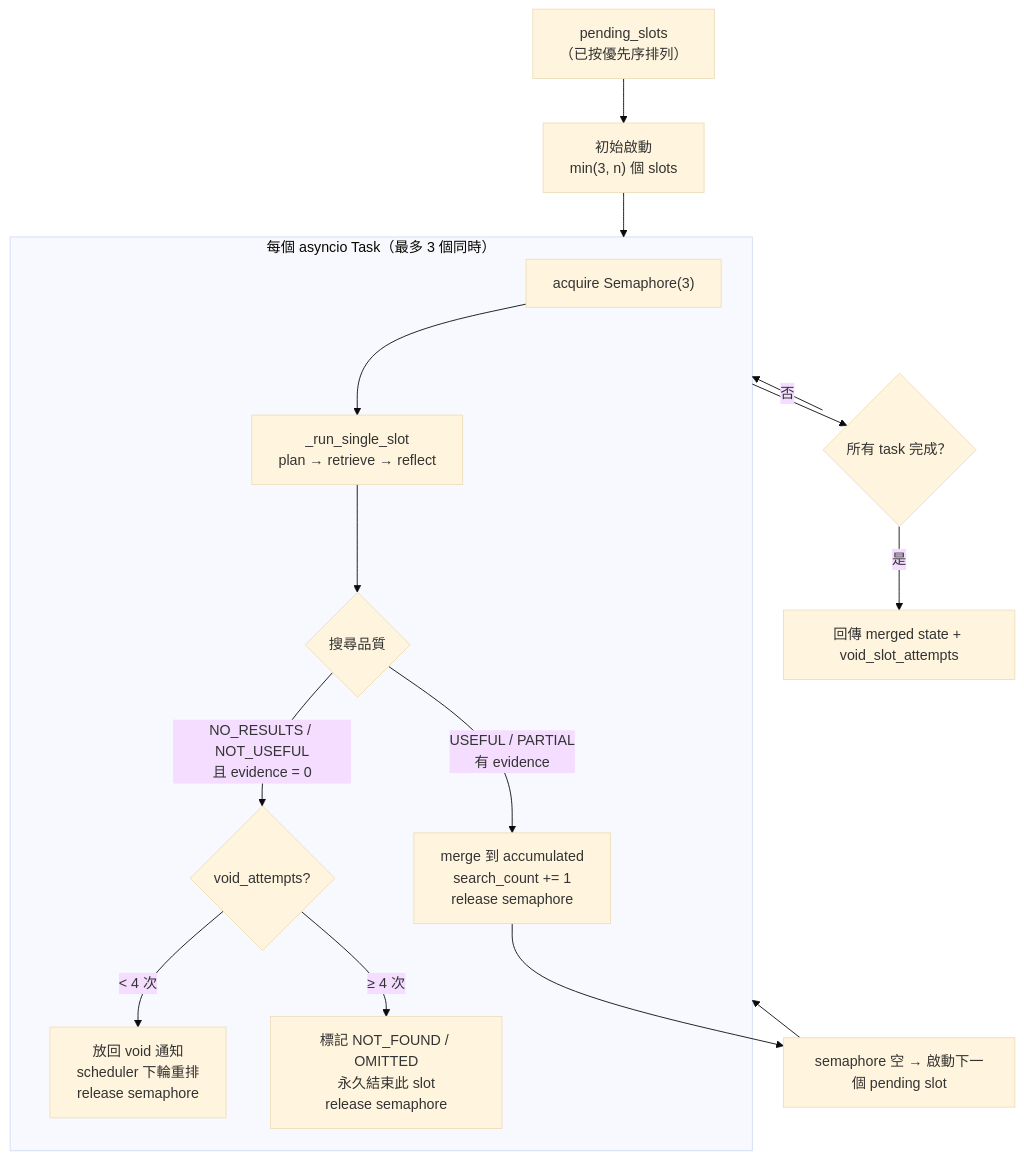
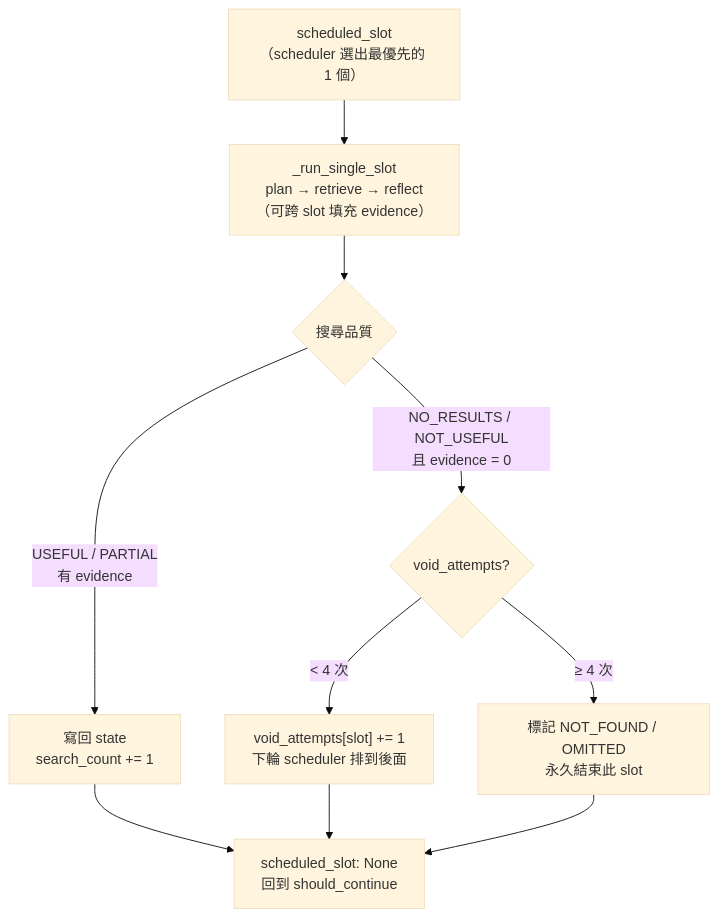
Before and after one commit to clairechien0627/ncu_ai_guidance: the third of 6 diagrams in ARCHITECTURE.md, drawn with Mermaid (base theme). The commit also changed other lines of this file and 1 other file, not shown here.

Commit message:
Update ARCHITECTURE.md and README.md to reflect sequential executor
- Research graph diagram: pending_slots → scheduled_slot, remove Semaphore(3) parallel model
- slot_executor diagram: replace reactive worker pool with sequential single-slot flow
- Add note on cross-slot evidence filling benefit of sequential execution
- README: add BYPASS_RESEARCH_CACHE to environment variables

````diff
--- a/ARCHITECTURE.md
+++ b/ARCHITECTURE.md
@@ -182,21 +182,17 @@
 ```mermaid
 flowchart TD
-    PS["pending_slots<br>（已按優先序排列）"] --> INIT["初始啟動<br>min(3, n) 個 slots"]
+    SS["scheduled_slot<br>（scheduler 選出最優先的 1 個）"] --> RS
 
-    subgraph WORKER["每個 asyncio Task（最多 3 個同時）"]
-        SEM["acquire Semaphore(3)"]
-        SEM --> RS["_run_single_slot<br>plan → retrieve → reflect"]
-        RS --> Q{搜尋品質}
-        Q -->|"USEFUL / PARTIAL<br>有 evidence"| OK["merge 到 accumulated<br>search_count += 1<br>release semaphore"]
-        Q -->|"NO_RESULTS / NOT_USEFUL<br>且 evidence = 0"| VOID{void_attempts?}
-        VOID -->|"< 4 次"| BACK["放回 void 通知<br>scheduler 下輪重排<br>release semaphore"]
-        VOID -->|"≥ 4 次"| DEAD["標記 NOT_FOUND / OMITTED<br>永久結束此 slot<br>release semaphore"]
-    end
+    RS["_run_single_slot<br>plan → retrieve → reflect<br>（可跨 slot 填充 evidence）"]
+    RS --> Q{搜尋品質}
 
-    INIT --> WORKER
-    OK --> NEXT["semaphore 空 → 啟動下一個 pending slot"]
-    NEXT --> WORKER
-    WORKER --> DONE{"所有 task 完成？"}
-    DONE -->|"否"| WORKER
-    DONE -->|"是"| RET["回傳 merged state + void_slot_attempts"]
+    Q -->|"USEFUL / PARTIAL<br>有 evidence"| OK["寫回 state<br>search_count += 1"]
+    Q -->|"NO_RESULTS / NOT_USEFUL<br>且 evidence = 0"| VOID{void_attempts?}
+
+    VOID -->|"< 4 次"| BACK["void_attempts[slot] += 1<br>下輪 scheduler 排到後面"]
+    VOID -->|"≥ 4 次"| DEAD["標記 NOT_FOUND / OMITTED<br>永久結束此 slot"]
+
+    OK --> RET["scheduled_slot: None<br>回到 should_continue"]
+    BACK --> RET
+    DEAD --> RET
 ```
````
